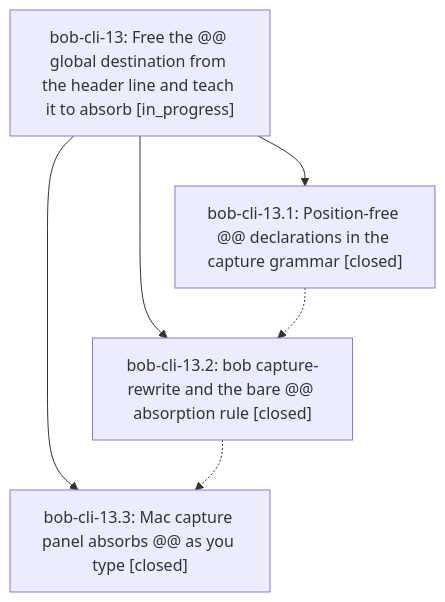
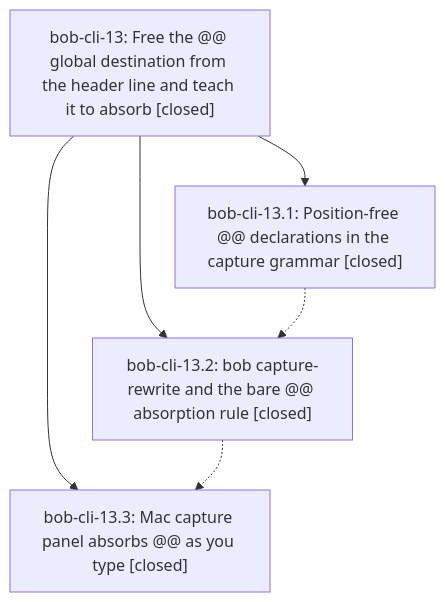
The diagram in pages/bob-cli-13/README.md (bobs-org/bob-cli--beads), drawn with Mermaid before and after one commit. The commit also changed other lines of this file, not shown here.

First line of the commit message:
chore(beads): sync bead state and pages for bob-cli-13

````diff
--- a/pages/bob-cli-13/README.md
+++ b/pages/bob-cli-13/README.md
@@ -24,12 +32,12 @@
 ```mermaid
 flowchart TD
-    n0["bob-cli-13: Free the @@ global destination from the header line and teach it to absorb [in_progress]"]
+    n0["bob-cli-13: Free the @@ global destination from the header line and teach it to absorb [closed]"]
     n1["bob-cli-13.1: Position-free @@ declarations in the capture grammar [closed]"]
     n2["bob-cli-13.2: bob capture-rewrite and the bare @@ absorption rule [closed]"]
     n3["bob-cli-13.3: Mac capture panel absorbs @@ as you type [closed]"]
     n0 --> n1
     n0 --> n2
     n0 --> n3
     n1 -.-> n2
     n2 -.-> n3
 ```
````
